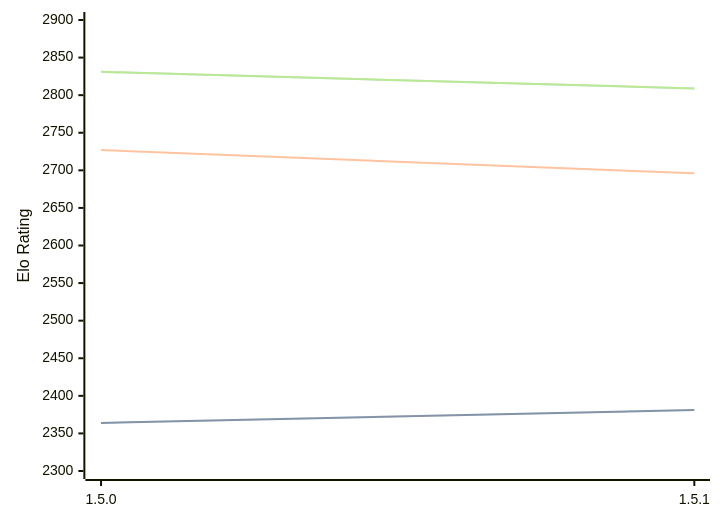
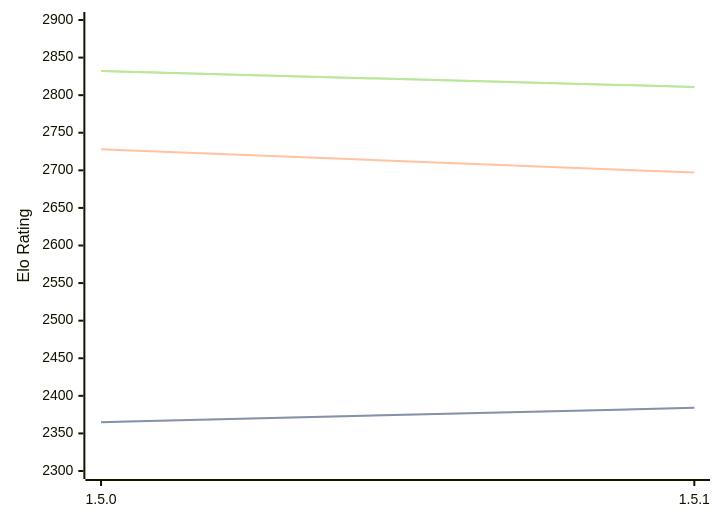
One commit to computer-chess-index/cci changed the diagram in engines/Coco.md. Above: the diagram before and after it, drawn with Mermaid. The commit also changed other lines of this file, not shown here.

Commit message:
Update CCI Ratings (ELO VLTC) - 2026-10-09

````diff
--- a/engines/Coco.md
+++ b/engines/Coco.md
@@ -38,11 +38,11 @@
 ```mermaid
 %%{init: {"theme":"base","themeVariables":{"seriesColors:['#a3a3a3','#222221','#faa371']}}}%%
 xychart-beta
   x-axis ["1.5.0", "1.5.1"]
   y-axis "Elo Rating" 2300 --> 2900
-  line "" [2364, 2381]
-  line "STC (8.0+0.08s)" [2364, 2381]
-  line "LTC (60.0+0.60s)" [2727, 2696]
-  line "" [2831, 2809]
-  line "VLTC (2m24s+1.12s)" [2831, 2809]
+  line "" [2365, 2384]
+  line "STC (8.0+0.08s)" [2365, 2384]
+  line "LTC (60.0+0.60s)" [2728, 2697]
+  line "" [2832, 2811]
+  line "VLTC (2m24s+1.12s)" [2832, 2811]
 ```
````
